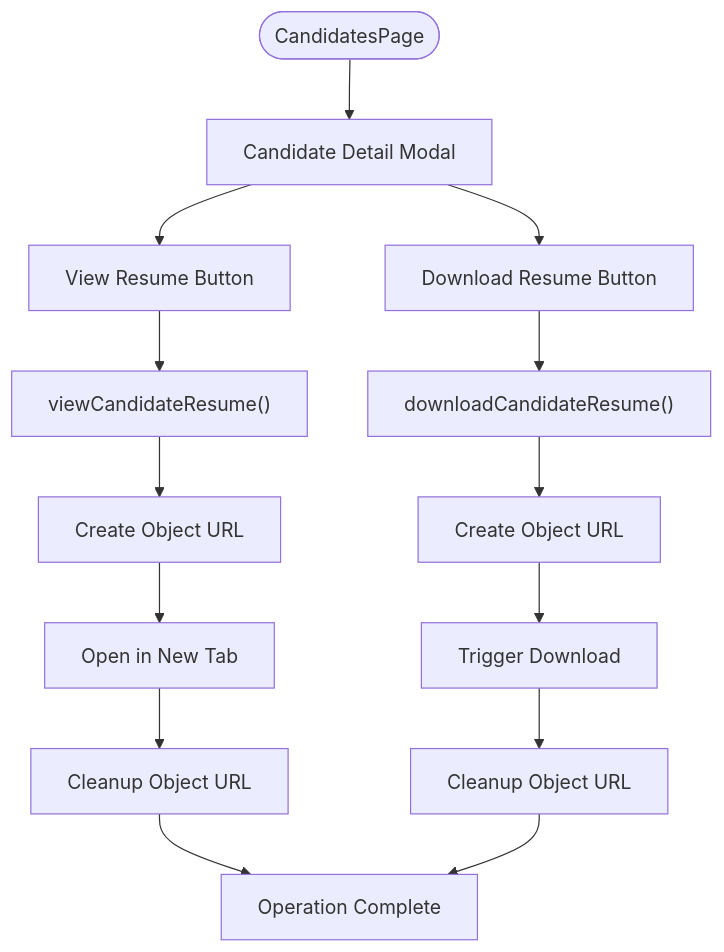
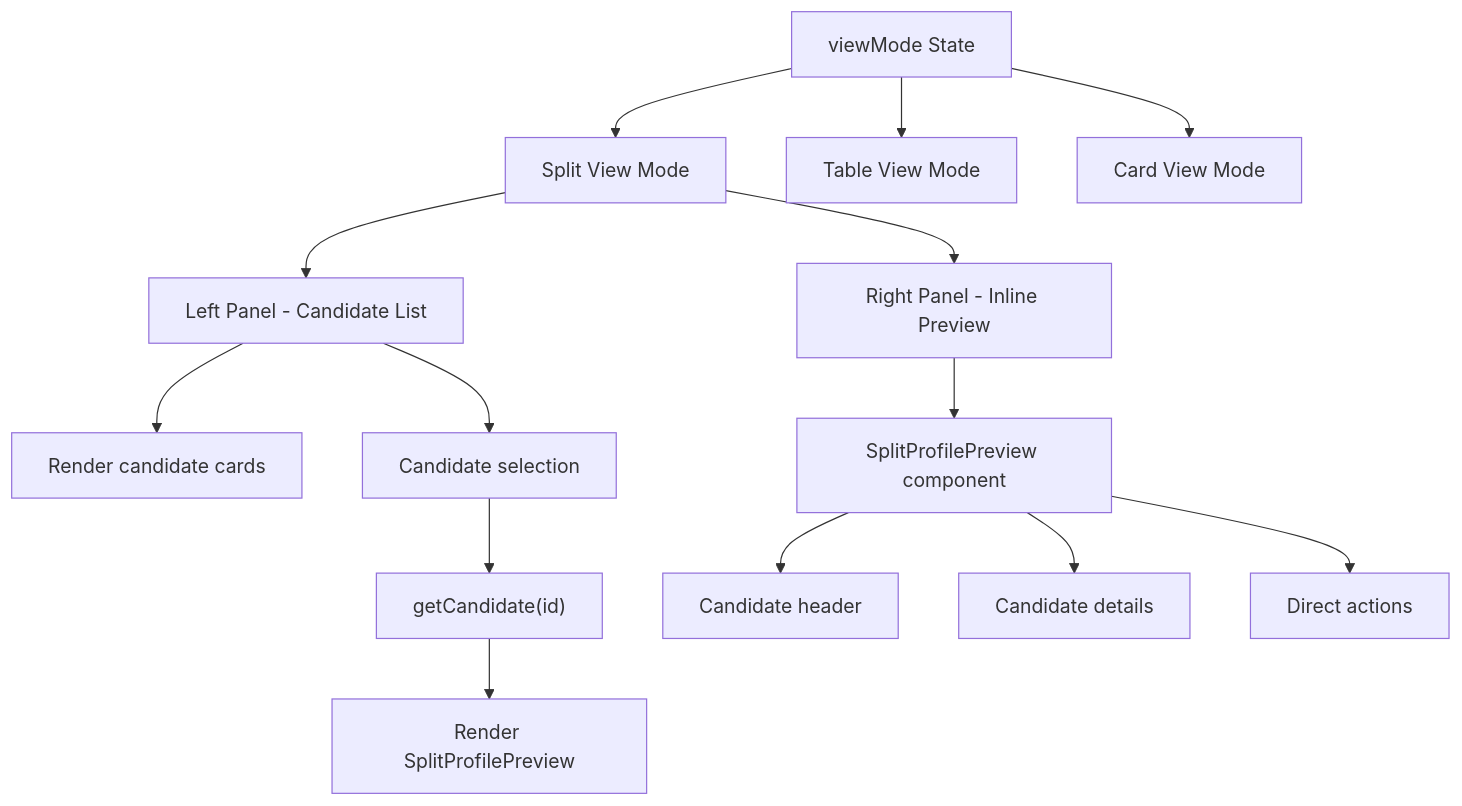
Before and after one commit to Revanththetalogics/aireume: the tenth of 29 diagrams in .qoder/repowiki/en/content/Frontend Architecture/Frontend Architecture.md, drawn with Mermaid. The commit also changed other lines of this file and 7 other files, not shown here.

````diff
--- a/.qoder/repowiki/en/content/Frontend Architecture/Frontend Architecture.md
+++ b/.qoder/repowiki/en/content/Frontend Architecture/Frontend Architecture.md
@@ -1079,16 +835,16 @@
 ```mermaid
 flowchart TD
-Start(["CandidatesPage"]) --> Modal["Candidate Detail Modal"]
-Modal --> ViewBtn["View Resume Button"]
-Modal --> DownloadBtn["Download Resume Button"]
-ViewBtn --> ViewAPI["viewCandidateResume()"]
-DownloadBtn --> DownloadAPI["downloadCandidateResume()"]
-ViewAPI --> BlobURL["Create Object URL"]
-BlobURL --> NewTab["Open in New Tab"]
-DownloadAPI --> BlobURL2["Create Object URL"]
-BlobURL2 --> DownloadFile["Trigger Download"]
-NewTab --> Cleanup["Cleanup Object URL"]
-DownloadFile --> Cleanup2["Cleanup Object URL"]
-Cleanup --> End["Operation Complete"]
-Cleanup2 --> End
+ViewMode["viewMode State"] --> SplitView["Split View Mode"]
+ViewMode --> TableView["Table View Mode"]
+ViewMode --> CardView["Card View Mode"]
+SplitView --> LeftPanel["Left Panel - Candidate List"]
+SplitView --> RightPanel["Right Panel - Inline Preview"]
+LeftPanel --> CandidateList["Render candidate cards"]
+LeftPanel --> Selection["Candidate selection"]
+Selection --> LoadProfile["getCandidate(id)"]
+LoadProfile --> ShowPreview["Render SplitProfilePreview"]
+RightPanel --> PreviewContent["SplitProfilePreview component"]
+PreviewContent --> Header["Candidate header"]
+PreviewContent --> Details["Candidate details"]
+PreviewContent --> Actions["Direct actions"]
 ```
````
